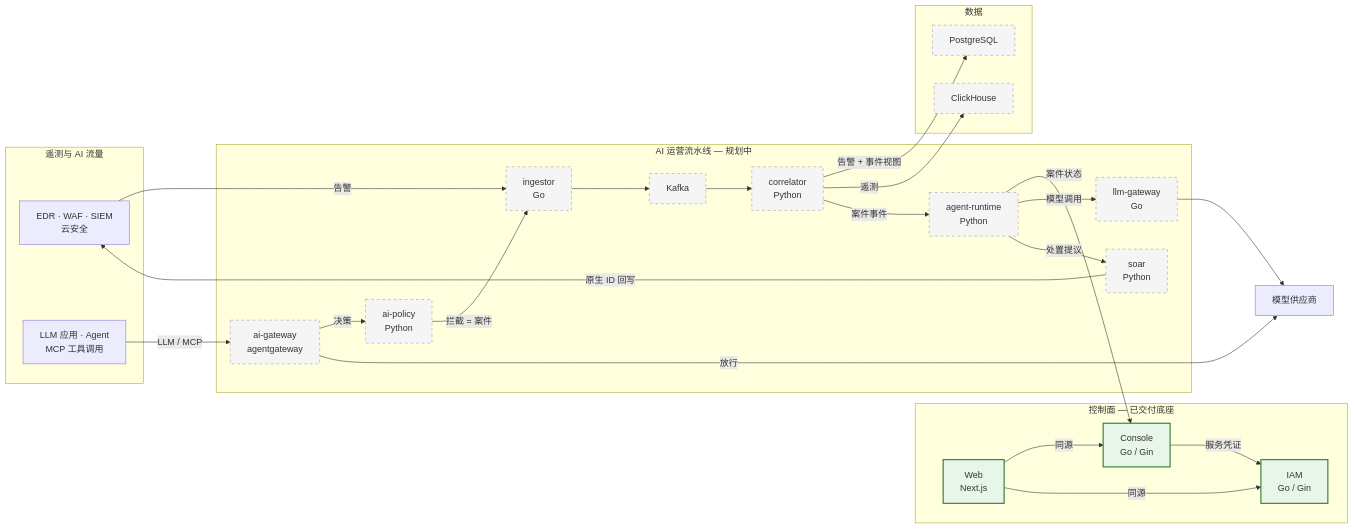
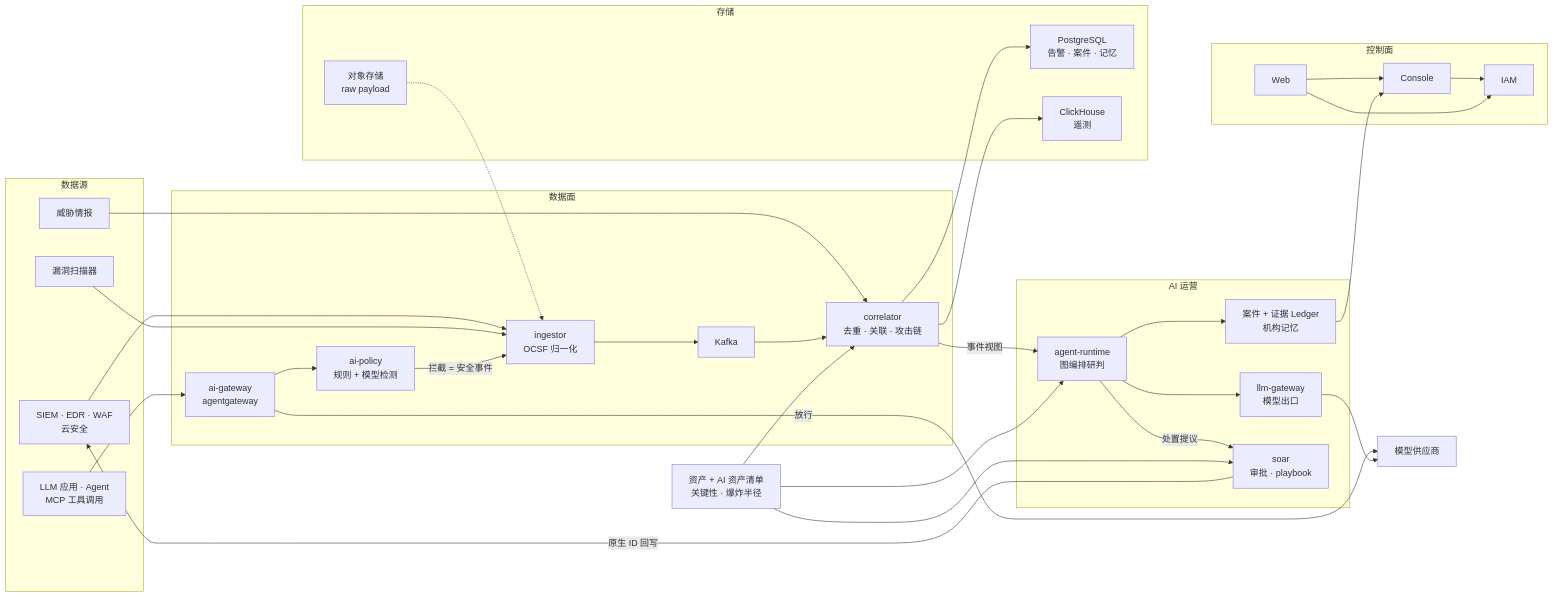
One commit to EayonLee/SecPlexus changed the diagram in README.zh-CN.md. Above: the diagram before and after it, drawn with Mermaid. The commit also changed other lines of this file and 1 other file, not shown here.

````diff
--- a/README.zh-CN.md
+++ b/README.zh-CN.md
@@ -87,51 +85,58 @@
 ```mermaid
 flowchart LR
-  subgraph SRC["遥测与 AI 流量"]
-    A["EDR · WAF · SIEM<br/>云安全"]
-    U["LLM 应用 · Agent<br/>MCP 工具调用"]
+  subgraph SRC["数据源"]
+    A["SIEM · EDR · WAF<br/>云安全"]
+    V["漏洞扫描器"]
+    T["威胁情报"]
+    AI["LLM 应用 · Agent<br/>MCP 工具调用"]
   end
 
-  subgraph CTRL["控制面 — 已交付底座"]
-    W["Web<br/>Next.js"]
-    C["Console<br/>Go / Gin"]
-    I["IAM<br/>Go / Gin"]
+  subgraph DATA["数据面"]
+    ING["ingestor<br/>OCSF 归一化"]
+    K["Kafka"]
+    COR["correlator<br/>去重 · 关联 · 攻击链"]
+    AG["ai-gateway<br/>agentgateway"]
+    AIP["ai-policy<br/>规则 + 模型检测"]
   end
 
-  subgraph PIPE["AI 运营流水线 — 规划中"]
-    ING["ingestor<br/>Go"]
-    K["Kafka"]
-    COR["correlator<br/>Python"]
-    AR["agent-runtime<br/>Python"]
-    LG["llm-gateway<br/>Go"]
-    SOAR["soar<br/>Python"]
-    AG["ai-gateway<br/>agentgateway"]
-    AIP["ai-policy<br/>Python"]
+  subgraph BRAIN["AI 运营"]
+    AR["agent-runtime<br/>图编排研判"]
+    LG["llm-gateway<br/>模型出口"]
+    MEM["案件 + 证据 Ledger<br/>机构记忆"]
+    SOAR["soar<br/>审批 · playbook"]
   end
 
-  subgraph STORE["数据"]
-    PG["PostgreSQL"]
-    CH["ClickHouse"]
+  subgraph STORE["存储"]
+    PG["PostgreSQL<br/>告警 · 案件 · 记忆"]
+    CH["ClickHouse<br/>遥测"]
+    OS["对象存储<br/>raw payload"]
+  end
+
+  subgraph CTRL["控制面"]
+    W["Web"] --> C["Console"] --> I["IAM"]
+    W --> I
   end
 
   P["模型供应商"]
+  ASSET["资产 + AI 资产清单<br/>关键性 · 爆炸半径"]
 
-  A -->|"告警"| ING --> K --> COR
-  COR -->|"告警 + 事件视图"| PG
-  COR -->|"遥测"| CH
-  COR -->|"案件事件"| AR
-  AR -->|"案件状态"| C
-  AR -->|"模型调用"| LG --> P
-  U -->|"LLM / MCP"| AG -->|"决策"| AIP
+  A --> ING
+  V --> ING
+  T --> COR
+  AI --> AG --> AIP
+  AIP -->|"拦截 = 安全事件"| ING
   AG -->|"放行"| P
-  AIP -->|"拦截 = 案件"| ING
+  ING --> K --> COR
+  COR --> PG
+  COR --> CH
+  COR -->|"事件视图"| AR
+  AR --> LG --> P
+  AR --> MEM
+  MEM --> C
   AR -->|"处置提议"| SOAR
   SOAR -->|"原生 ID 回写"| A
-  W -->|"同源"| C
-  W -->|"同源"| I
-  C -->|"服务凭证"| I
-
-  classDef delivered fill:#e8f5e9,stroke:#2e7d32,stroke-width:2px
-  classDef planned fill:#f5f5f5,stroke:#9e9e9e,stroke-width:1px,stroke-dasharray: 5 5
-  class W,C,I delivered
-  class ING,K,COR,AR,LG,SOAR,AG,AIP,PG,CH planned
+  ASSET --> COR
+  ASSET --> AR
+  ASSET --> SOAR
+  OS -.-> ING
 ```
````
